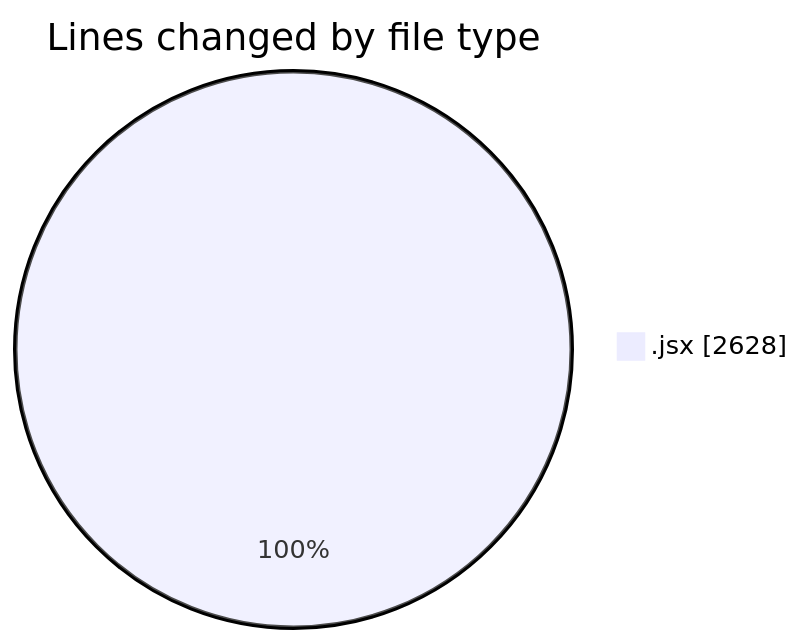
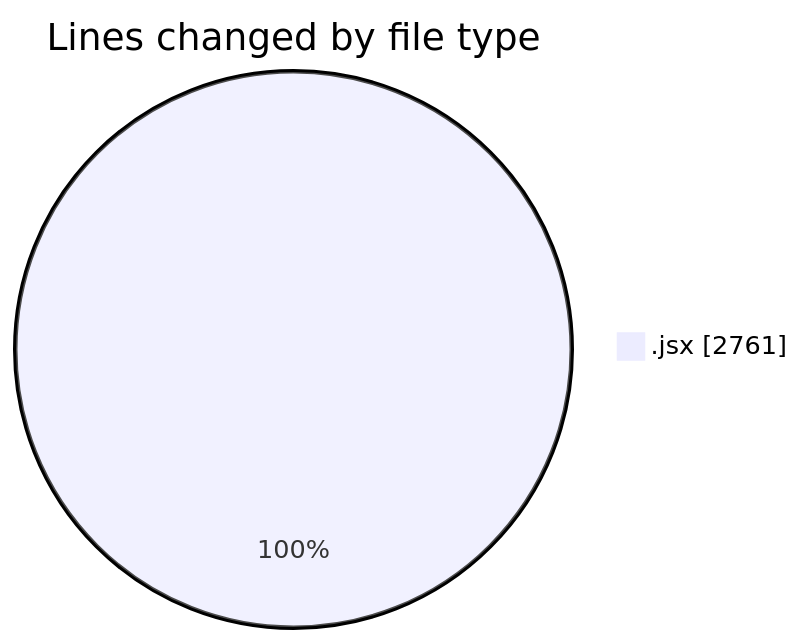
One commit to nxtqubesakshisongat/code-tracking changed the first of 2 diagrams in 2025-09-28/nxtqube_webapp/README.md. Above: the diagram before and after it, drawn with Mermaid. The commit also changed other lines of this file and 1 other file, not shown here.

````diff
--- a/2025-09-28/nxtqube_webapp/README.md
+++ b/2025-09-28/nxtqube_webapp/README.md
@@ -20,5 +20,5 @@
 ```mermaid
 pie showData
 title Lines changed by file type
-".jsx" : 2628
+".jsx" : 2761
 ```
````
